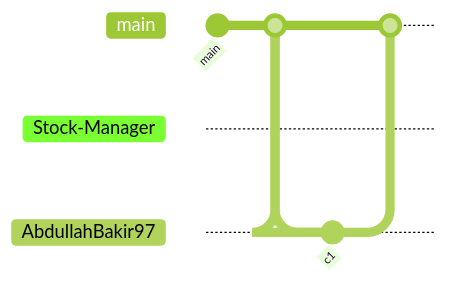
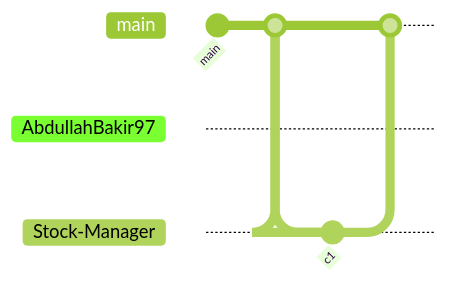
The diagram in README.md (AbdullahBakir97/AbdullahBakir97), drawn with Mermaid (forest theme) before and after one commit. The commit also changed other lines of this file and 4 other files, not shown here.

````diff
--- a/README.md
+++ b/README.md
@@ -336,14 +336,14 @@
 ```mermaid
 gitGraph
    commit id: "main"
+   branch AbdullahBakir97
+   checkout AbdullahBakir97
+   commit id: "c1"
+   checkout main
+   merge AbdullahBakir97
    branch Stock-Manager
    checkout Stock-Manager
    commit id: "c1"
    checkout main
    merge Stock-Manager
-   branch AbdullahBakir97
-   checkout AbdullahBakir97
-   commit id: "c1"
-   checkout main
-   merge AbdullahBakir97
 ```
````
